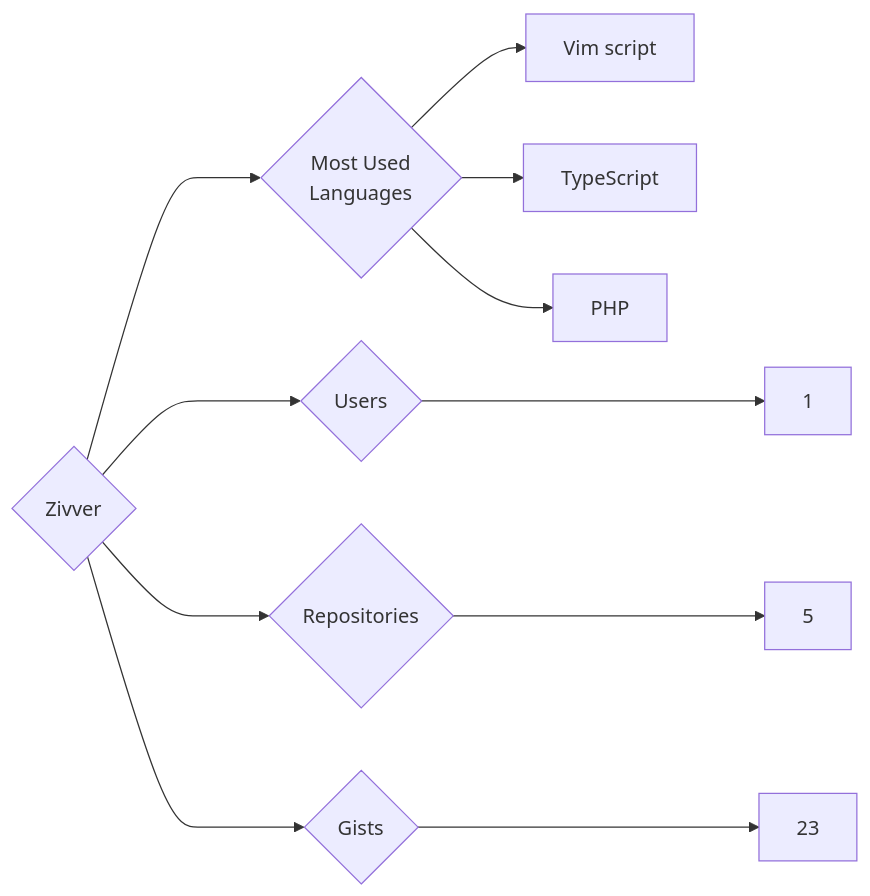
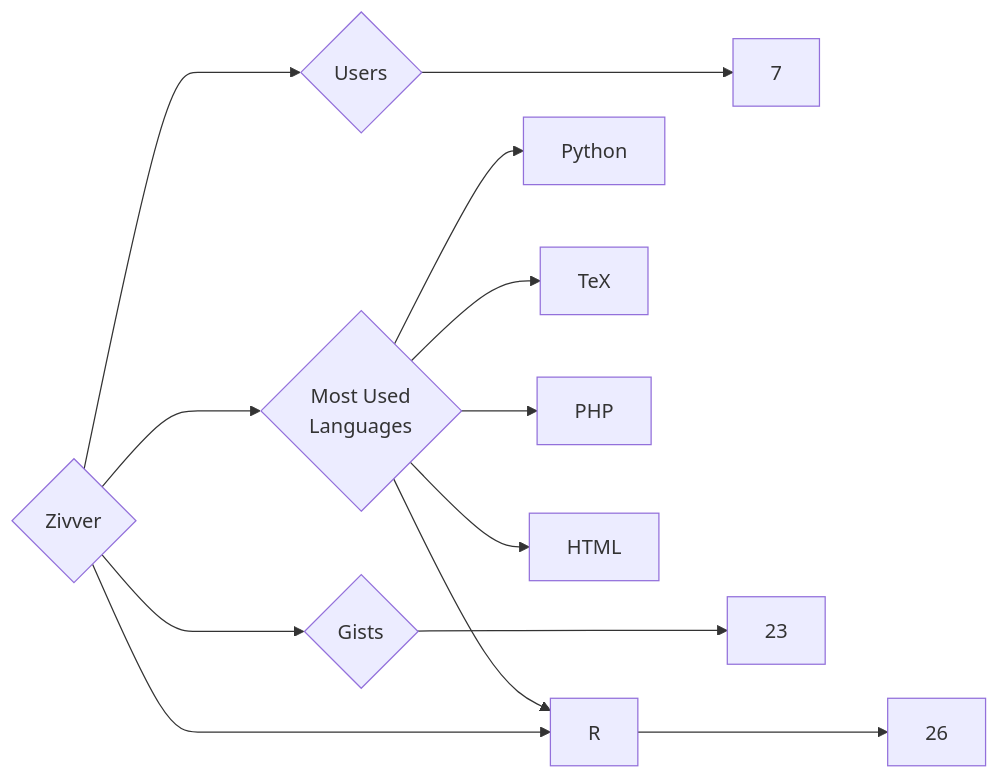
Before and after one commit to trickest/insiders: the diagram in targets/Zivver/README.md, drawn with Mermaid. The commit also changed 948 other files, not shown here.

````diff
--- a/targets/Zivver/README.md
+++ b/targets/Zivver/README.md
@@ -3,11 +3,13 @@
 ```mermaid
 graph LR
 COMPANY_NAME{Zivver}
-COMPANY_NAME ---> U{Users} ---> UN[1]
-COMPANY_NAME ---> R{Repositories} ---> RN[5]
+COMPANY_NAME ---> U{Users} ---> UN[7]
+COMPANY_NAME ---> R{Repositories} ---> RN[26]
 COMPANY_NAME ---> G{Gists} ---> GN[23]
 COMPANY_NAME ---> ML{Most Used<br>Languages}
-ML --> Vim_script[Vim script]
-ML --> TypeScript[TypeScript]
+ML --> Python[Python]
+ML --> TeX[TeX]
+ML --> R[R]
 ML --> PHP[PHP]
+ML --> HTML[HTML]
 ```
````
